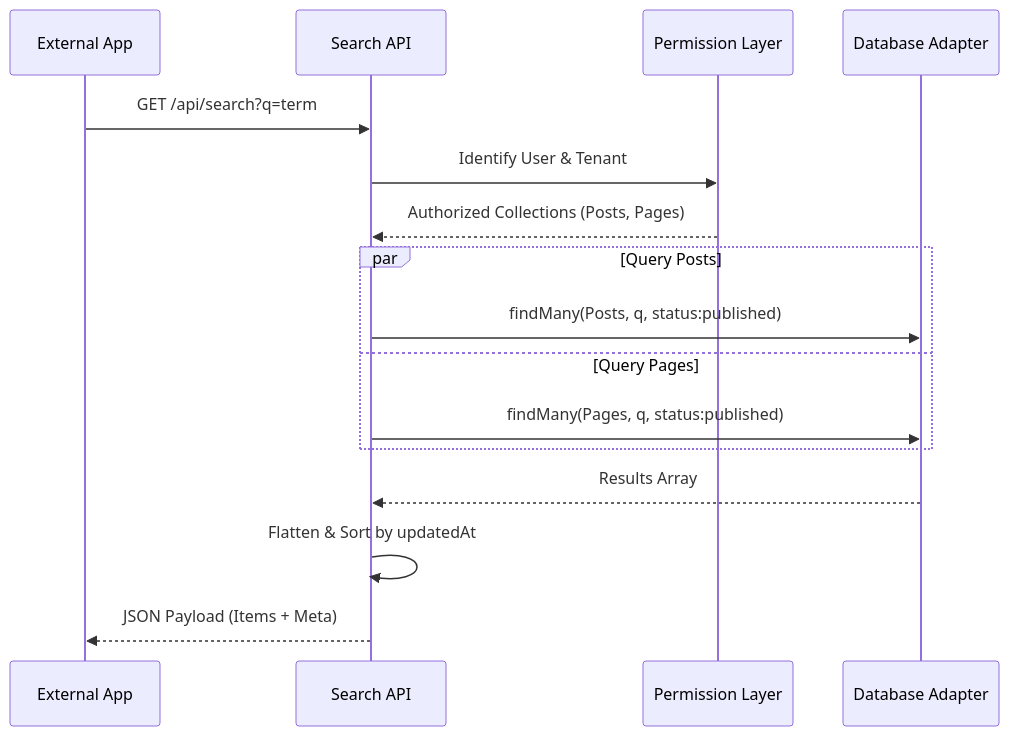
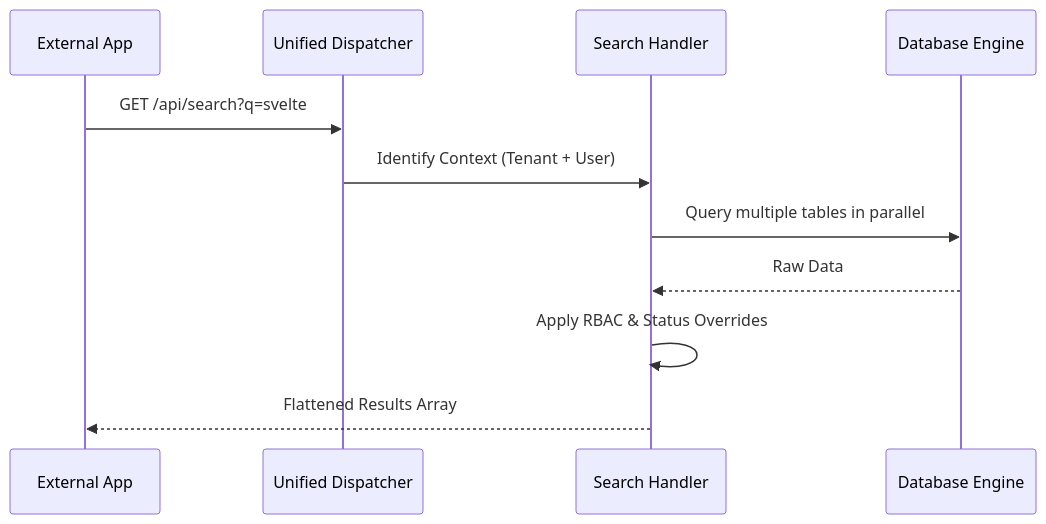
The diagram in docs/api/search-api.mdx (SveltyCMS/SveltyCMS), drawn with Mermaid before and after one commit. The commit also changed other lines of this file and 46 other files, not shown here.

````diff
--- a/docs/api/search-api.mdx
+++ b/docs/api/search-api.mdx
@@ -81,21 +86,14 @@
 ```mermaid
 sequenceDiagram
-    participant App as External App
-    participant API as Search API
-    participant Auth as Permission Layer
-    participant DB as Database Adapter
+    participant User as External App
+    participant API as Unified Dispatcher
+    participant Search as Search Handler
+    participant DB as Database Engine
 
-    App->>API: GET /api/search?q=term
-    API->>Auth: Identify User & Tenant
-    Auth-->>API: Authorized Collections (Posts, Pages)
-
-    par Query Posts
-        API->>DB: findMany(Posts, q, status:published)
-    and Query Pages
-        API->>DB: findMany(Pages, q, status:published)
-    end
-
-    DB-->>API: Results Array
-    API->>API: Flatten & Sort by updatedAt
-    API-->>App: JSON Payload (Items + Meta)
+    User->>API: GET /api/search?q=svelte
+    API->>Search: Identify Context (Tenant + User)
+    Search->>DB: Query multiple tables in parallel
+    DB-->>Search: Raw Data
+    Search->>Search: Apply RBAC & Status Overrides
+    Search-->>User: Flattened Results Array
 ```
````
